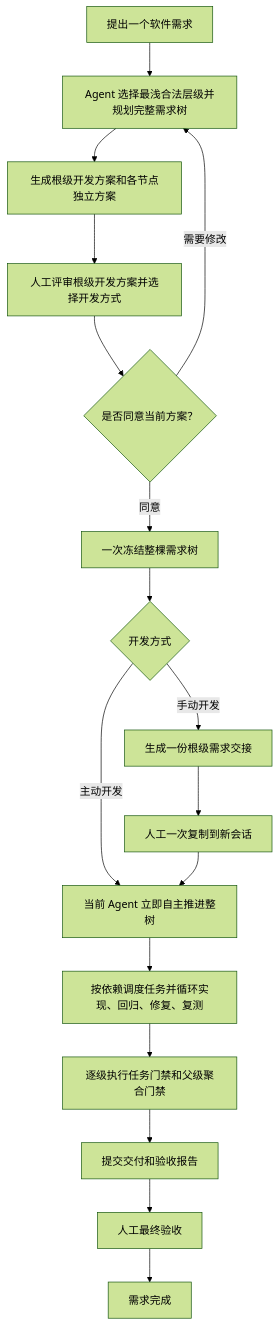
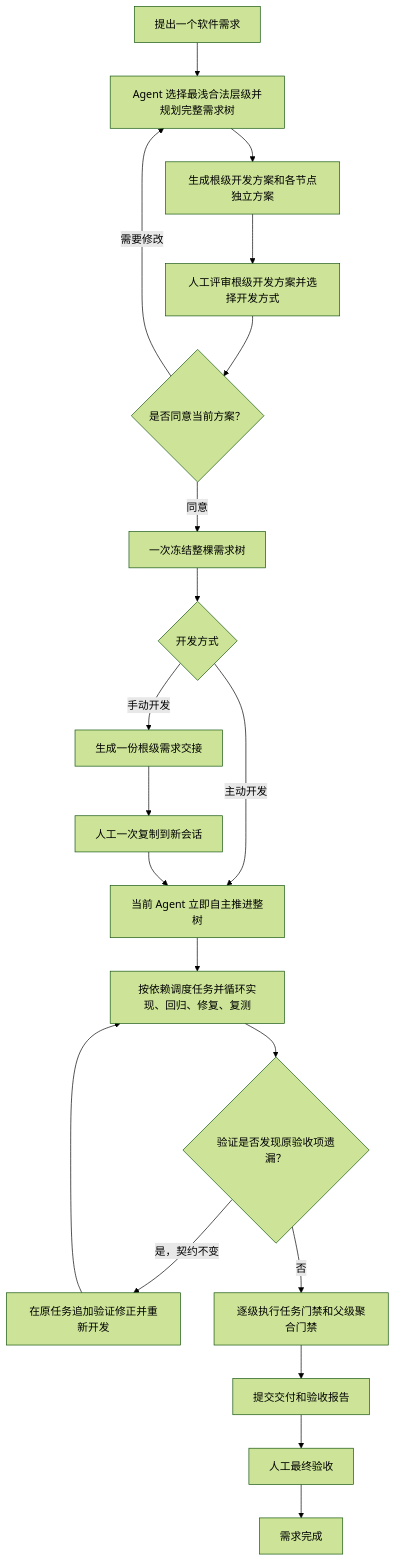
Before and after one commit to feng123321li/gated-ai-dev-loop: the diagram in README.md, drawn with Mermaid (forest theme). The commit also changed other lines of this file and 29 other files, not shown here.

````diff
--- a/README.md
+++ b/README.md
@@ -19,19 +19,22 @@
 ```mermaid
 flowchart TD
     A["提出一个软件需求"] --> B["Agent 选择最浅合法层级并规划完整需求树"]
     B --> C["生成根级开发方案和各节点独立方案"]
     C --> D["人工评审根级开发方案并选择开发方式"]
     D --> E{"是否同意当前方案？"}
     E -->|"需要修改"| B
     E -->|"同意"| F["一次冻结整棵需求树"]
     F --> G{"开发方式"}
     G -->|"主动开发"| H["当前 Agent 立即自主推进整树"]
     G -->|"手动开发"| I["生成一份根级需求交接"]
     I --> J["人工一次复制到新会话"]
     J --> H
     H --> K["按依赖调度任务并循环实现、回归、修复、复测"]
-    K --> L["逐级执行任务门禁和父级聚合门禁"]
+    K --> V{"验证是否发现原验收项遗漏？"}
+    V -->|"是，契约不变"| R["在原任务追加验证修正并重新开发"]
+    R --> K
+    V -->|"否"| L["逐级执行任务门禁和父级聚合门禁"]
     L --> M["提交交付和验收报告"]
     M --> N["人工最终验收"]
     N --> O["需求完成"]
 ```
````
